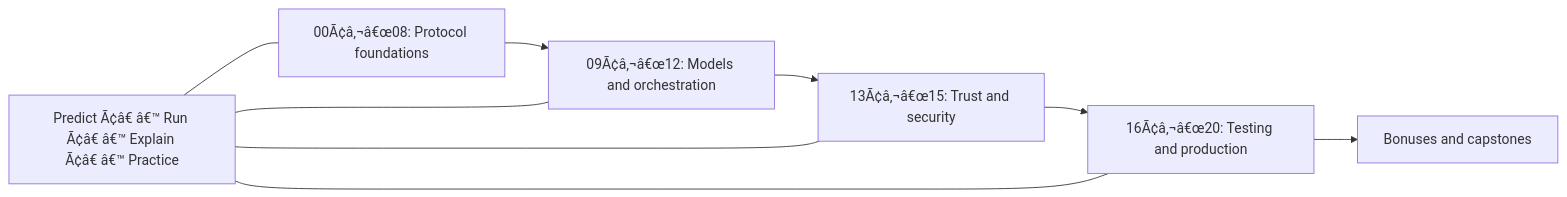
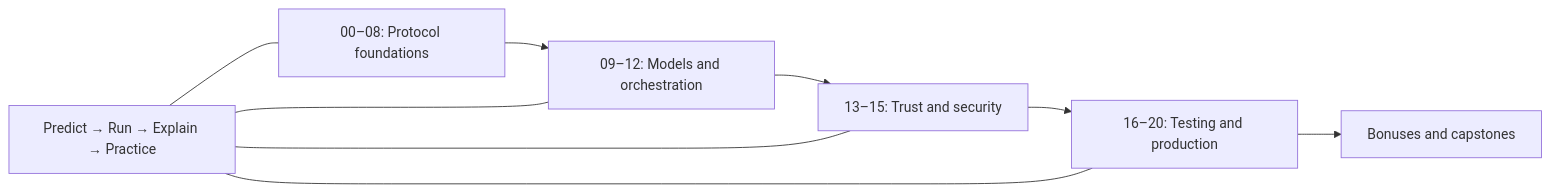
Before and after one commit to anandtopu/getting_started_with_Agent2AgentProtocol: the diagram in README.md, drawn with Mermaid. The commit also changed other lines of this file and 112 other files, not shown here.

```diff
--- a/README.md
+++ b/README.md
@@ -85,11 +85,11 @@
 ~~~mermaid
 flowchart LR
-    A["00Ã¢â‚¬â€œ08: Protocol foundations"] --> B["09Ã¢â‚¬â€œ12: Models and orchestration"]
-    B --> C["13Ã¢â‚¬â€œ15: Trust and security"]
-    C --> D["16Ã¢â‚¬â€œ20: Testing and production"]
+    A["00–08: Protocol foundations"] --> B["09–12: Models and orchestration"]
+    B --> C["13–15: Trust and security"]
+    C --> D["16–20: Testing and production"]
     D --> E["Bonuses and capstones"]
-    G["Predict Ã¢â€ â€™ Run Ã¢â€ â€™ Explain Ã¢â€ â€™ Practice"] --- A
+    G["Predict → Run → Explain → Practice"] --- A
     G --- B
     G --- C
     G --- D
 ~~~
```
